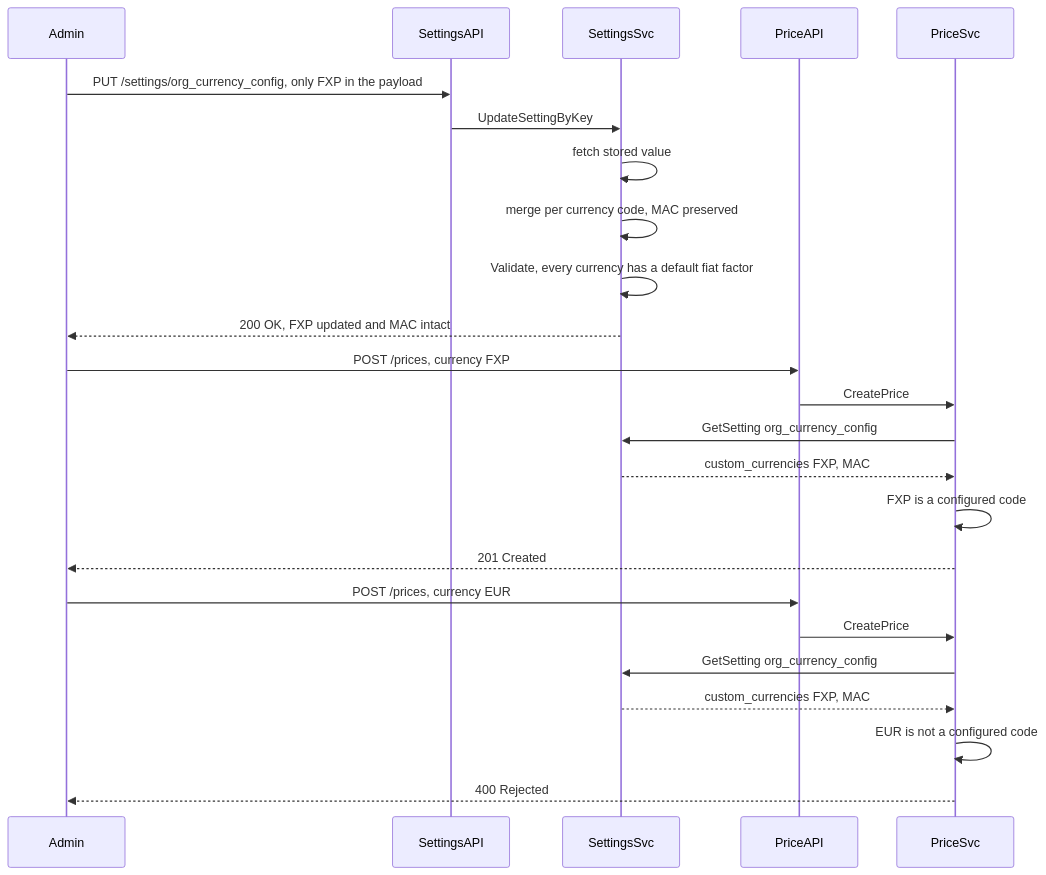
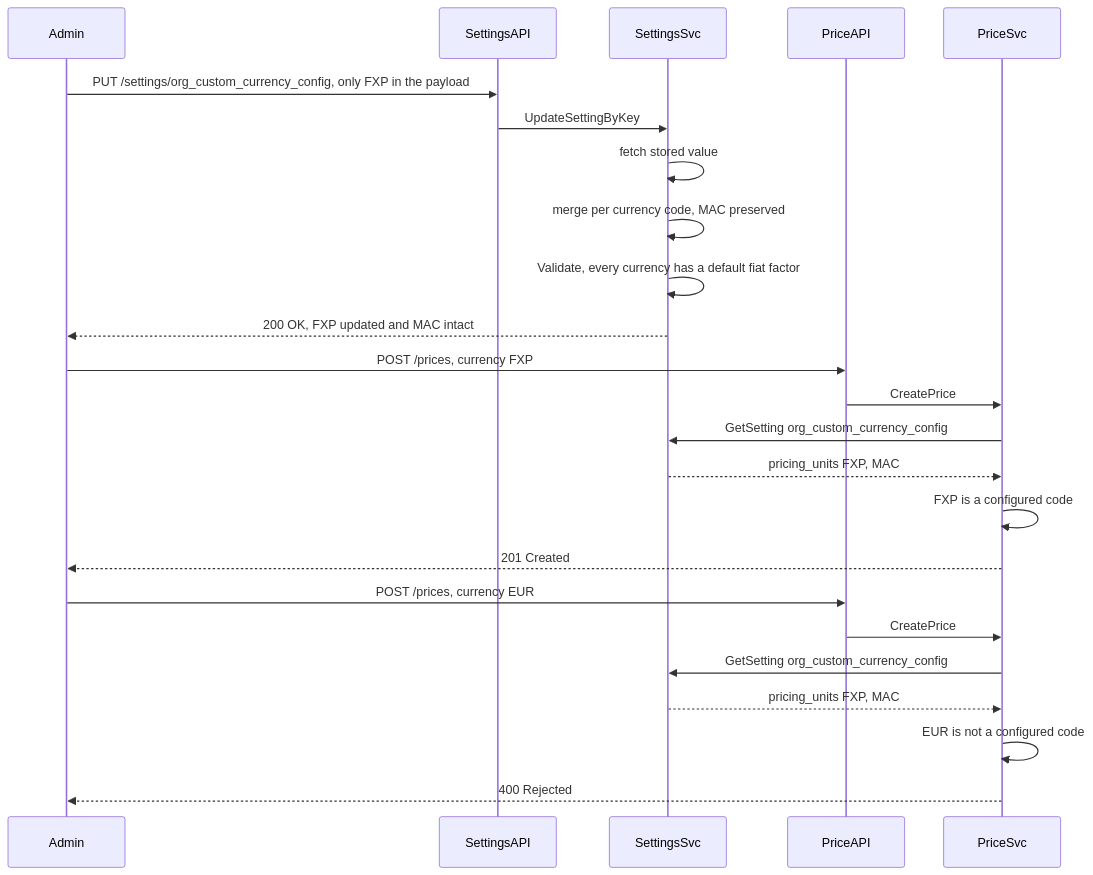
One commit to subratsahilgupta/flexprice changed the second of 3 diagrams in docs/design/2026-08-27-FLE-1201-custom-org-currency.md. Above: the diagram before and after it, drawn with Mermaid. The commit also changed other lines of this file and 25 other files, not shown here.

Commit message:
feat(custom-currency): add support for org custom currency

````diff
--- a/docs/design/2026-08-27-FLE-1201-custom-org-currency.md
+++ b/docs/design/2026-08-27-FLE-1201-custom-org-currency.md
@@ -340,29 +342,29 @@
 ```mermaid
 sequenceDiagram
     participant Admin
     participant SettingsAPI
     participant SettingsSvc
     participant PriceAPI
     participant PriceSvc
 
-    Admin->>SettingsAPI: PUT /settings/org_currency_config, only FXP in the payload
+    Admin->>SettingsAPI: PUT /settings/org_custom_currency_config, only FXP in the payload
     SettingsAPI->>SettingsSvc: UpdateSettingByKey
     SettingsSvc->>SettingsSvc: fetch stored value
     SettingsSvc->>SettingsSvc: merge per currency code, MAC preserved
     SettingsSvc->>SettingsSvc: Validate, every currency has a default fiat factor
     SettingsSvc-->>Admin: 200 OK, FXP updated and MAC intact
 
     Admin->>PriceAPI: POST /prices, currency FXP
     PriceAPI->>PriceSvc: CreatePrice
-    PriceSvc->>SettingsSvc: GetSetting org_currency_config
-    SettingsSvc-->>PriceSvc: custom_currencies FXP, MAC
+    PriceSvc->>SettingsSvc: GetSetting org_custom_currency_config
+    SettingsSvc-->>PriceSvc: pricing_units FXP, MAC
     PriceSvc->>PriceSvc: FXP is a configured code
     PriceSvc-->>Admin: 201 Created
 
     Admin->>PriceAPI: POST /prices, currency EUR
     PriceAPI->>PriceSvc: CreatePrice
-    PriceSvc->>SettingsSvc: GetSetting org_currency_config
-    SettingsSvc-->>PriceSvc: custom_currencies FXP, MAC
+    PriceSvc->>SettingsSvc: GetSetting org_custom_currency_config
+    SettingsSvc-->>PriceSvc: pricing_units FXP, MAC
     PriceSvc->>PriceSvc: EUR is not a configured code
     PriceSvc-->>Admin: 400 Rejected
 ```
````
